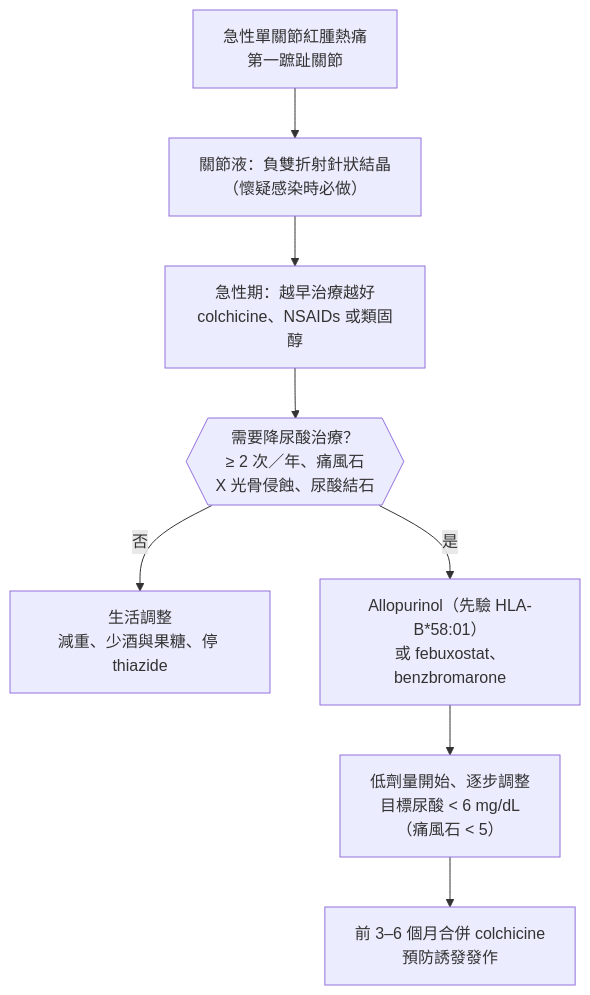
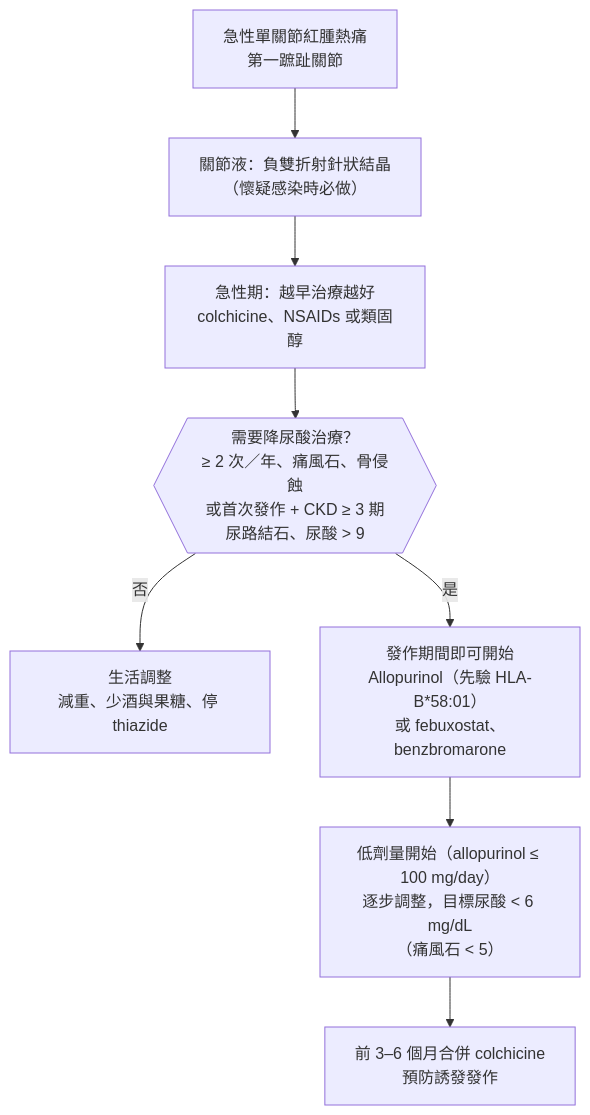
Before and after one commit to phantominor/phantomography: the diagram in frontend/content/_charts/gout-management.mmd, drawn with Mermaid. The commit also changed 3 other files, not shown here.

```diff
--- a/frontend/content/_charts/gout-management.mmd
+++ b/frontend/content/_charts/gout-management.mmd
@@ -1,9 +1,9 @@
 %% title: 痛風的處置
 flowchart TD
   A["急性單關節紅腫熱痛<br/>第一蹠趾關節"]:::start --> B["關節液：負雙折射針狀結晶<br/>（懷疑感染時必做）"]
   B --> C["急性期：越早治療越好<br/>colchicine、NSAIDs 或類固醇"]:::key
-  C --> D{{"需要降尿酸治療？<br/>≥ 2 次／年、痛風石<br/>X 光骨侵蝕、尿酸結石"}}
+  C --> D{{"需要降尿酸治療？<br/>≥ 2 次／年、痛風石、骨侵蝕<br/>或首次發作 + CKD ≥ 3 期<br/>尿路結石、尿酸 #62; 9"}}
   D -->|"否"| E["生活調整<br/>減重、少酒與果糖、停 thiazide"]
-  D -->|"是"| F["Allopurinol（先驗 HLA-B*58:01）<br/>或 febuxostat、benzbromarone"]:::key
-  F --> G["低劑量開始、逐步調整<br/>目標尿酸 #60; 6 mg/dL<br/>（痛風石 #60; 5）"]
+  D -->|"是"| F["發作期間即可開始<br/>Allopurinol（先驗 HLA-B*58:01）<br/>或 febuxostat、benzbromarone"]:::key
+  F --> G["低劑量開始（allopurinol ≤ 100 mg/day）<br/>逐步調整，目標尿酸 #60; 6 mg/dL<br/>（痛風石 #60; 5）"]
   G --> H["前 3–6 個月合併 colchicine<br/>預防誘發發作"]
```
